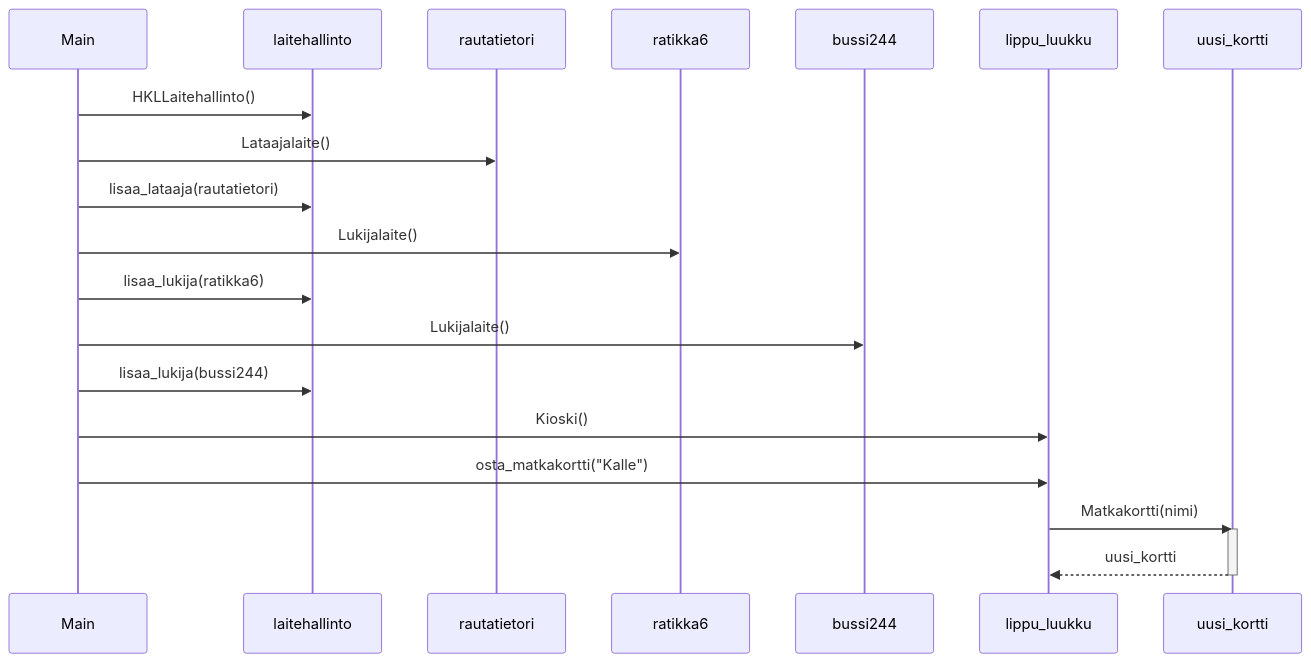
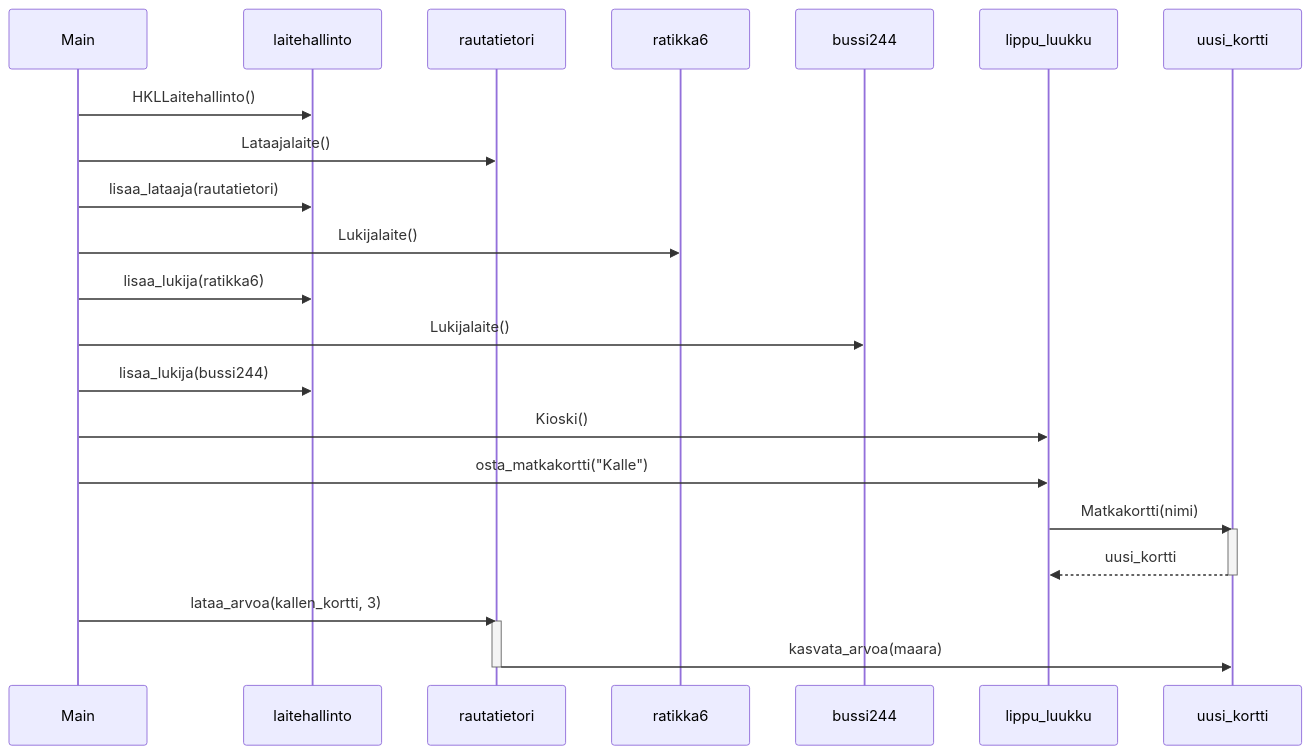
One commit to SouperSalamander/ot-harjoitustyo changed the diagram in laskarit/viikko3/HSL.md. Above: the diagram before and after it, drawn with Mermaid.

````diff
--- a/laskarit/viikko3/HSL.md
+++ b/laskarit/viikko3/HSL.md
@@ -1,16 +1,21 @@
 ```mermaid
  sequenceDiagram
     Main ->> laitehallinto: HKLLaitehallinto()
     Main ->> rautatietori: Lataajalaite()
     Main ->> laitehallinto: lisaa_lataaja(rautatietori)
     Main ->> ratikka6: Lukijalaite()
     Main ->> laitehallinto: lisaa_lukija(ratikka6)
     Main ->> bussi244: Lukijalaite()
     Main ->> laitehallinto: lisaa_lukija(bussi244)
     Main ->> lippu_luukku: Kioski()
     Main ->> lippu_luukku: osta_matkakortti("Kalle")
     lippu_luukku ->> uusi_kortti: Matkakortti(nimi)
     activate uusi_kortti
     uusi_kortti -->> lippu_luukku: uusi_kortti
     deactivate uusi_kortti
+    Main ->> rautatietori: lataa_arvoa(kallen_kortti, 3)
+    activate rautatietori
+    rautatietori ->> uusi_kortti: kasvata_arvoa(maara)
+    deactivate rautatietori
+    
 ```
````
